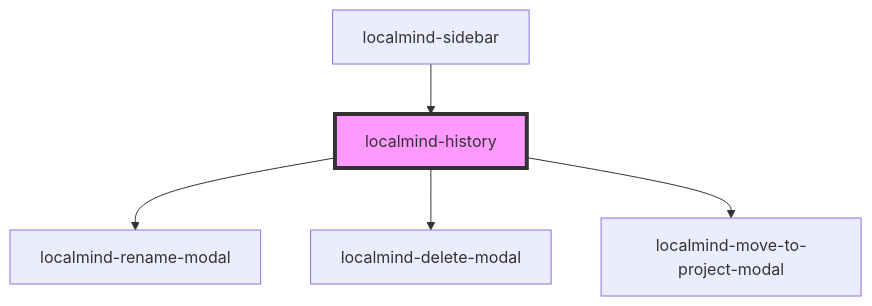
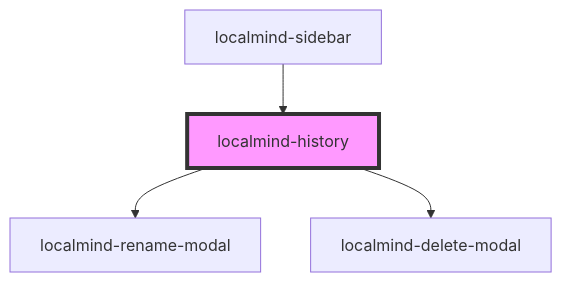
Before and after one commit to JoyGHub/LocalMind: the diagram in src/components/localmind-history/readme.md, drawn with Mermaid. The commit also changed other lines of this file and 26 other files, not shown here.

````diff
--- a/src/components/localmind-history/readme.md
+++ b/src/components/localmind-history/readme.md
@@ -29,8 +28,7 @@
 ```mermaid
 graph TD;
   localmind-history --> localmind-rename-modal
   localmind-history --> localmind-delete-modal
-  localmind-history --> localmind-move-to-project-modal
   localmind-sidebar --> localmind-history
   style localmind-history fill:#f9f,stroke:#333,stroke-width:4px
 ```
````
